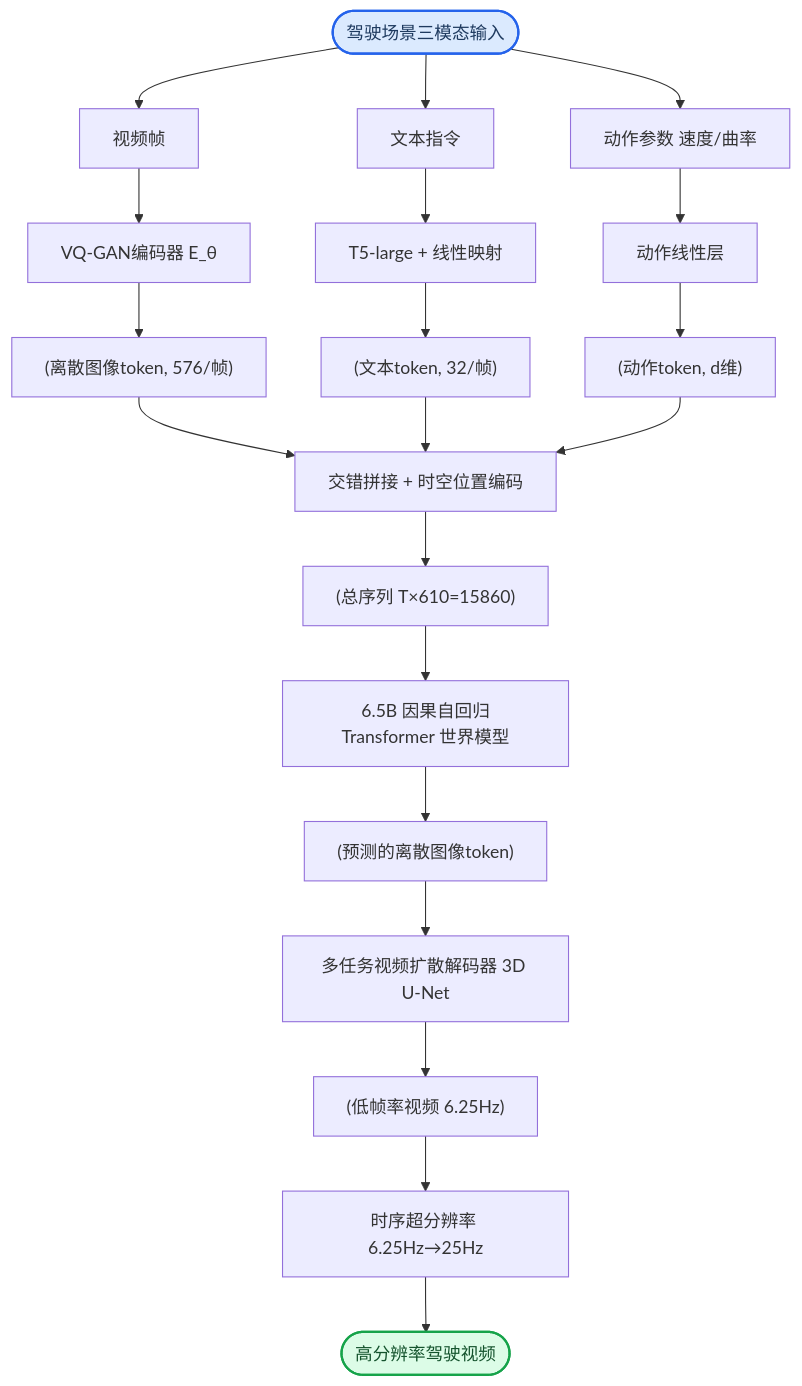
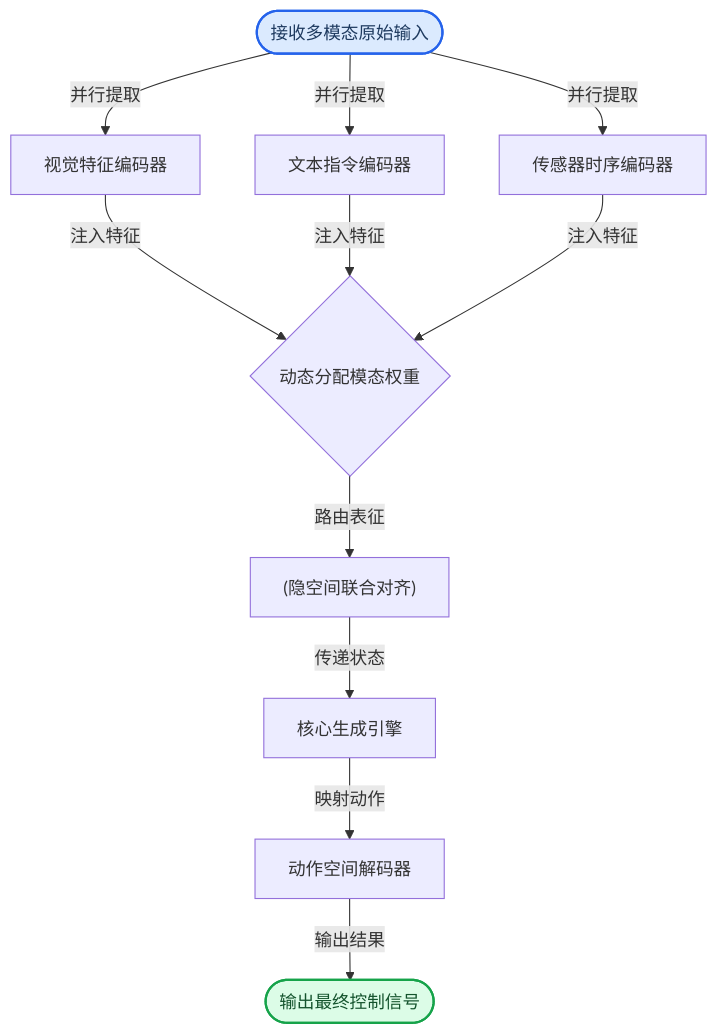
One commit to ShinewineW/paper-rolling changed the third of 10 diagrams in person_vault/2026-06-08_GAIA1_2309.17080/report.md. Above: the diagram before and after it, drawn with Mermaid. The commit also changed other lines of this file and 300 other files, not shown here.

````diff
--- a/person_vault/2026-06-08_GAIA1_2309.17080/report.md
+++ b/person_vault/2026-06-08_GAIA1_2309.17080/report.md
@@ -117,36 +112,22 @@
 ```mermaid
 flowchart TB
-    start(["驾驶场景三模态输入"])
-    start --> video["视频帧"]
-    start --> text["文本指令"]
-    start --> action["动作参数 速度/曲率"]
+    raw_input(["接收多模态原始输入"]) -->|并行提取| vision_enc["视觉特征编码器"]
+    raw_input -->|并行提取| text_enc["文本指令编码器"]
+    raw_input -->|并行提取| sensor_enc["传感器时序编码器"]
 
-    video --> vqgan["VQ-GAN编码器 E_θ"]
-    text --> t5["T5-large + 线性映射"]
-    action --> act_linear["动作线性层"]
+    vision_enc -->|注入特征| cross_attn{动态分配模态权重}
+    text_enc -->|注入特征| cross_attn
+    sensor_enc -->|注入特征| cross_attn
 
-    vqgan --> img_tok["(离散图像token, 576/帧)"]
-    t5 --> txt_tok["(文本token, 32/帧)"]
-    act_linear --> act_tok["(动作token, d维)"]
-
-    img_tok --> merge["交错拼接 + 时空位置编码"]
-    txt_tok --> merge
-    act_tok --> merge
-
-    merge --> seq_tok["(总序列 T×610=15860)"]
-    seq_tok --> wm["6.5B 因果自回归Transformer 世界模型"]
-
-    wm --> next_tok["(预测的离散图像token)"]
-    next_tok --> dec["多任务视频扩散解码器 3D U-Net"]
-
-    dec --> lr_vid["(低帧率视频 6.25Hz)"]
-    lr_vid --> t_sr["时序超分辨率 6.25Hz→25Hz"]
-    t_sr --> output(["高分辨率驾驶视频"])
+    cross_attn -->|路由表征| latent_align["(隐空间联合对齐)"]
+    latent_align -->|传递状态| core_engine["核心生成引擎"]
+    core_engine -->|映射动作| action_dec["动作空间解码器"]
+    action_dec -->|输出结果| final_output(["输出最终控制信号"])
 
     classDef required fill:#dbeafe,stroke:#2563eb,stroke-width:2px,color:#1e3a5f
     classDef output fill:#dcfce7,stroke:#16a34a,stroke-width:2px,color:#14532d
     classDef optional fill:#fef9c3,stroke:#ca8a04,stroke-width:2px,color:#713f12
 
-    class start required
-    class output output
+    class raw_input required
+    class final_output output
 ```
````
